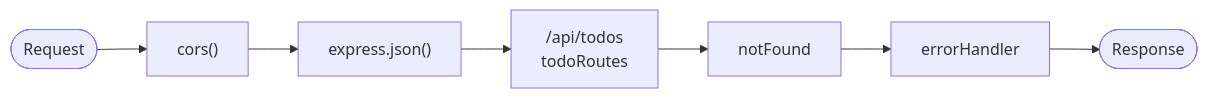
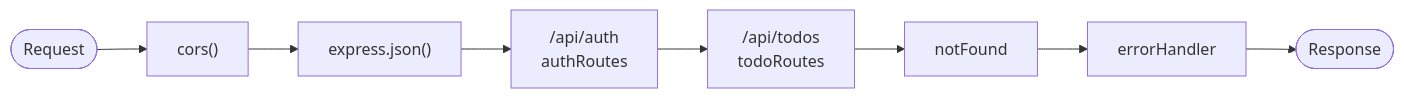
One commit to nguyenbaohua/nextjs-express-demo changed the fifth of 9 diagrams in backend/LEARN.md. Above: the diagram before and after it, drawn with Mermaid. The commit also changed other lines of this file and 99 other files, not shown here.

````diff
--- a/backend/LEARN.md
+++ b/backend/LEARN.md
@@ -103,4 +107,4 @@
 ```mermaid
 flowchart LR
-    Q(["Request"]) --> C["cors()"] --> J["express.json()"] --> T["/api/todos<br/>todoRoutes"] --> N["notFound"] --> E["errorHandler"] --> X(["Response"])
+    Q(["Request"]) --> C["cors()"] --> J["express.json()"] --> A["/api/auth<br/>authRoutes"] --> T["/api/todos<br/>todoRoutes"] --> N["notFound"] --> E["errorHandler"] --> X(["Response"])
 ```
````
